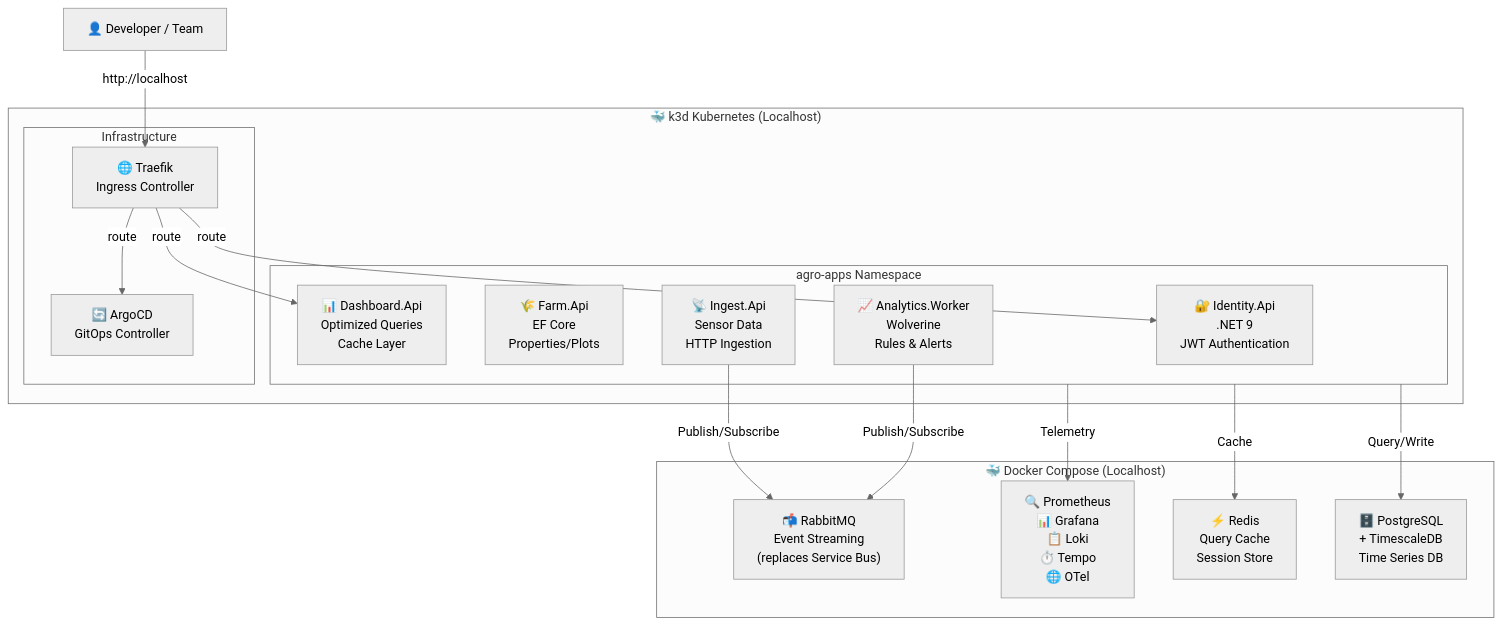
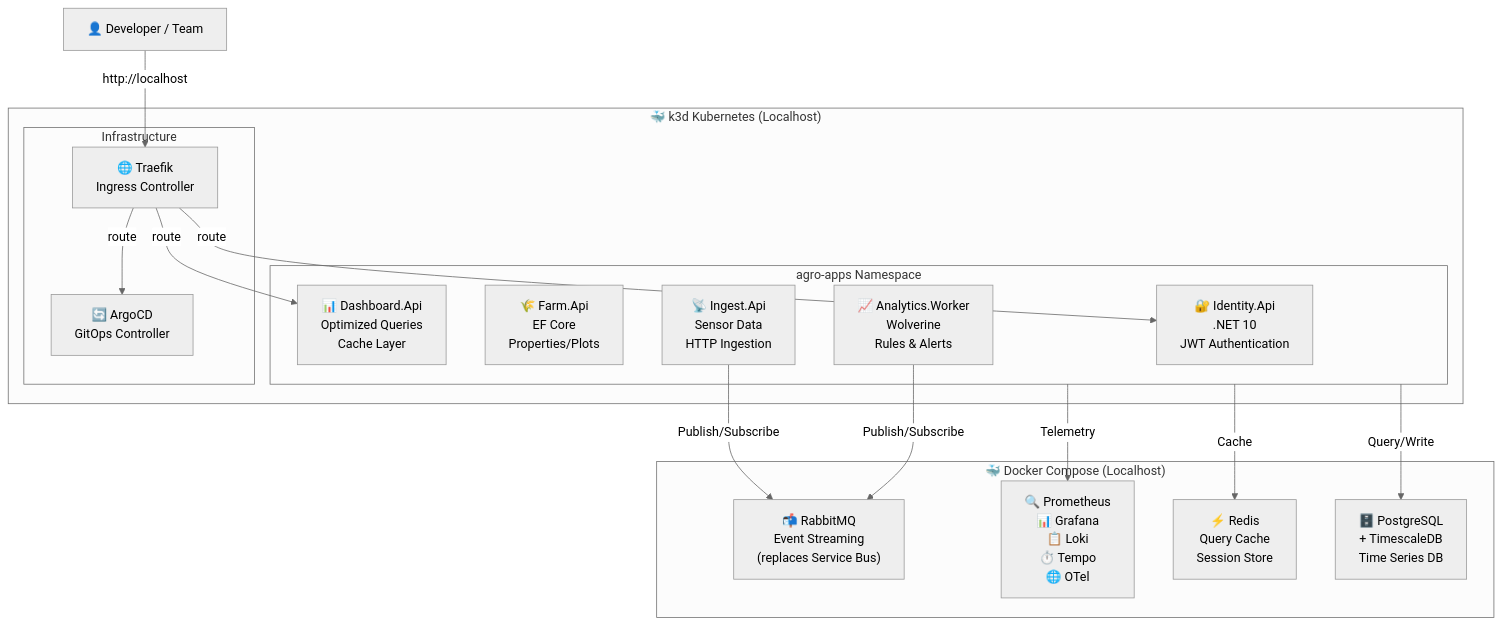
The first of 2 diagrams in docs/architecture/c4-container.md (rdpresser/tc-agro-solutions), drawn with Mermaid (neutral theme) before and after one commit. The commit also changed other lines of this file and 22 other files, not shown here.

````diff
--- a/docs/architecture/c4-container.md
+++ b/docs/architecture/c4-container.md
@@ -5,36 +5,36 @@
 ```mermaid
 graph TB
     Dev["👤 Developer / Team"]
 
     subgraph k3d["🐳 k3d Kubernetes (Localhost)"]
         subgraph agro["agro-apps Namespace"]
-            Identity["🔐 Identity.Api<br/>.NET 9<br/>JWT Authentication"]
+            Identity["🔐 Identity.Api<br/>.NET 10<br/>JWT Authentication"]
             Farm["🌾 Farm.Api<br/>EF Core<br/>Properties/Plots"]
             Ingest["📡 Ingest.Api<br/>Sensor Data<br/>HTTP Ingestion"]
             Analytics["📈 Analytics.Worker<br/>Wolverine<br/>Rules & Alerts"]
             Dashboard["📊 Dashboard.Api<br/>Optimized Queries<br/>Cache Layer"]
         end
 
         subgraph infra["Infrastructure"]
             ArgoCD["🔄 ArgoCD<br/>GitOps Controller"]
             Traefik["🌐 Traefik<br/>Ingress Controller"]
         end
     end
 
     subgraph compose["🐳 Docker Compose (Localhost)"]
         PG["🗄️ PostgreSQL<br/>+ TimescaleDB<br/>Time Series DB"]
         Redis["⚡ Redis<br/>Query Cache<br/>Session Store"]
         RabbitMQ["📬 RabbitMQ<br/>Event Streaming<br/>(replaces Service Bus)"]
         Observability["🔍 Prometheus<br/>📊 Grafana<br/>📋 Loki<br/>⏱️ Tempo<br/>🌐 OTel"]
     end
 
     Dev -->|http://localhost| Traefik
     Traefik -->|route| Identity
     Traefik -->|route| Dashboard
     Traefik -->|route| ArgoCD
 
     agro -->|Query/Write| PG
     agro -->|Cache| Redis
     Ingest & Analytics -->|Publish/Subscribe| RabbitMQ
     agro -->|Telemetry| Observability
 ```
````
